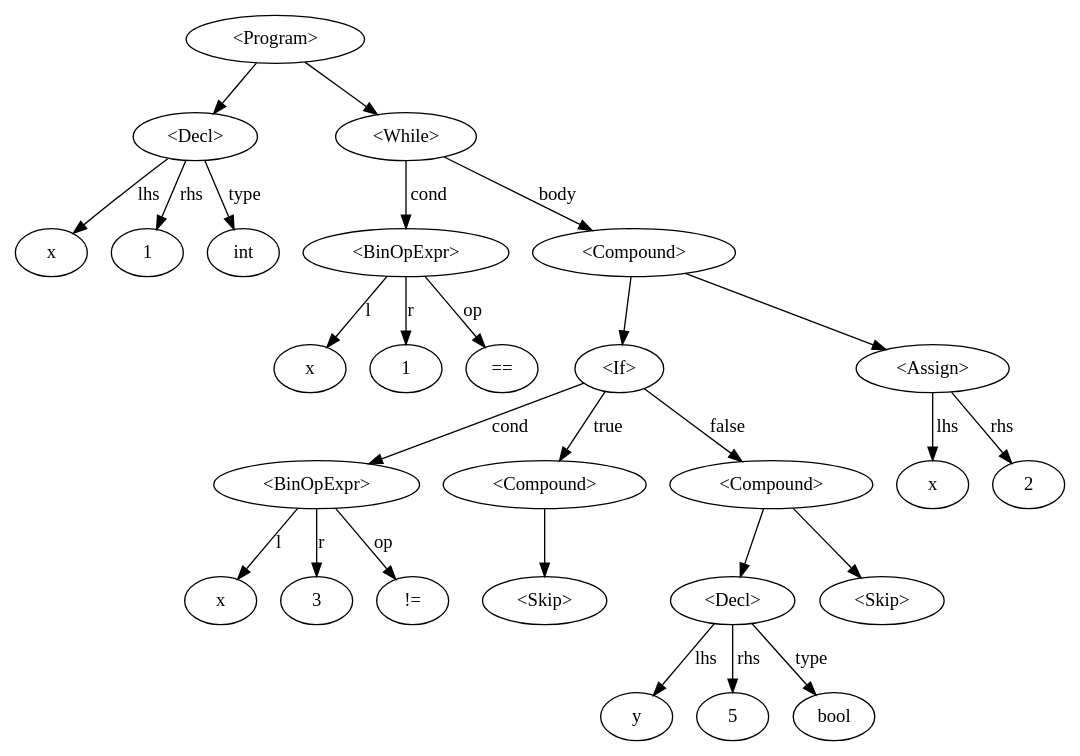
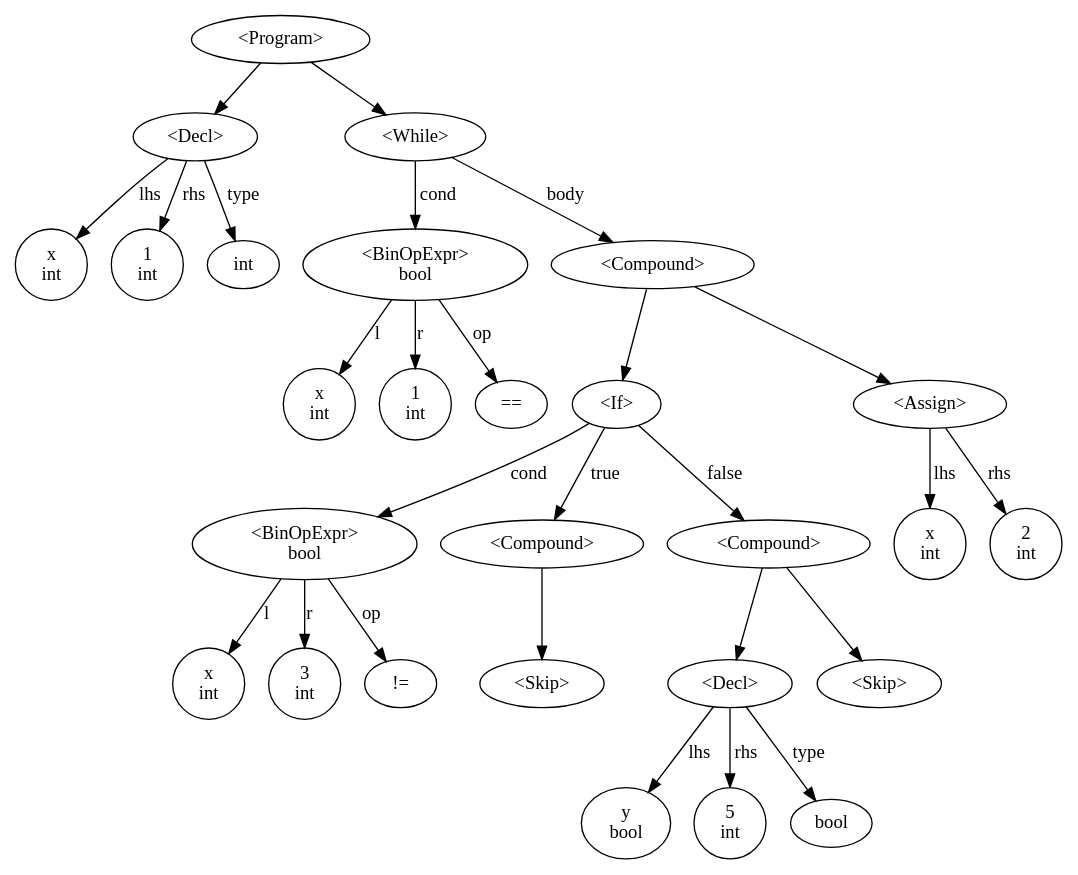
One commit to timll/while-analysis changed the diagram in ast.dot. Above: the diagram before and after it, drawn with Graphviz. The commit also changed 13 other files, not shown here.

```diff
--- a/ast.dot
+++ b/ast.dot
@@ -1,55 +1,67 @@
 digraph {
-n17296048[label="x"]
-n17296352[label="1"]
-n17296160[label="<Decl>"]
-n17296160type[label="int"]
-n17296528[label="x"]
-n17296592[label="1"]
-n17296624[label="<BinOpExpr>"]
-n17296624op[label="=="]
-n17296768[label="x"]
-n17296832[label="3"]
-n17296864[label="<BinOpExpr>"]
-n17296864op[label="!="]
-n17296976[label="<Skip>"]
-n17296944[label="<Compound>"]
-n17297168[label="y"]
-n17297232[label="5"]
-n17296208[label="<Decl>"]
-n17296208type[label="bool"]
-n17297328[label="<Skip>"]
-n17297104[label="<Compound>"]
-n17296256[label="<If>"]
-n17297424[label="x"]
-n17297584[label="2"]
-n17297616[label="<Assign>"]
-n17296704[label="<Compound>"]
-n17297392[label="<While>"]
-n17295856[label="<Program>"]
-n17296160->n17296048[label="lhs"]
-n17296160->n17296352[label="rhs"]
-n17296160->n17296160type[label="type"]
-n17296624->n17296528[label="l"]
-n17296624->n17296624op[label="op"]
-n17296624->n17296592[label="r"]
-n17296864->n17296768[label="l"]
-n17296864->n17296864op[label="op"]
-n17296864->n17296832[label="r"]
-n17296944->n17296976[label=""]
-n17296208->n17297168[label="lhs"]
-n17296208->n17297232[label="rhs"]
-n17296208->n17296208type[label="type"]
-n17297104->n17296208[label=""]
-n17297104->n17297328[label=""]
-n17296256->n17296864[label="cond"]
-n17296256->n17296944[label="true"]
-n17296256->n17297104[label="false"]
-n17297616->n17297424[label="lhs"]
-n17297616->n17297584[label="rhs"]
-n17296704->n17296256[label=""]
-n17296704->n17297616[label=""]
-n17297392->n17296624[label="cond"]
-n17297392->n17296704[label="body"]
-n17295856->n17296160[label=""]
-n17295856->n17297392[label=""]
+n20919344[label="x
+int"]
+n20921360[label="1
+int"]
+n20921168[label="<Decl>"]
+n20921168type[label="int"]
+n20921536[label="x
+int"]
+n20921616[label="1
+int"]
+n20921648[label="<BinOpExpr>
+bool"]
+n20921648op[label="=="]
+n20921792[label="x
+int"]
+n20921872[label="3
+int"]
+n20921904[label="<BinOpExpr>
+bool"]
+n20921904op[label="!="]
+n20922016[label="<Skip>"]
+n20921984[label="<Compound>"]
+n20921488[label="y
+bool"]
+n20922288[label="5
+int"]
+n20921264[label="<Decl>"]
+n20921264type[label="bool"]
+n20922384[label="<Skip>"]
+n20922144[label="<Compound>"]
+n20921072[label="<If>"]
+n20922240[label="x
+int"]
+n20922656[label="2
+int"]
+n20922688[label="<Assign>"]
+n20921728[label="<Compound>"]
+n20922448[label="<While>"]
+n20920848[label="<Program>"]
+n20921168->n20919344[label="lhs"]
+n20921168->n20921360[label="rhs"]
+n20921168->n20921168type[label="type"]
+n20921648->n20921536[label="l"]
+n20921648->n20921648op[label="op"]
+n20921648->n20921616[label="r"]
+n20921904->n20921792[label="l"]
+n20921904->n20921904op[label="op"]
+n20921904->n20921872[label="r"]
+n20921984->n20922016[label=""]
+n20921264->n20921488[label="lhs"]
+n20921264->n20922288[label="rhs"]
+n20921264->n20921264type[label="type"]
+n20922144->n20921264[label=""]
+n20922144->n20922384[label=""]
+n20921072->n20921904[label="cond"]
+n20921072->n20921984[label="true"]
+n20921072->n20922144[label="false"]
+n20922688->n20922240[label="lhs"]
+n20922688->n20922656[label="rhs"]
+n20921728->n20921072[label=""]
+n20921728->n20922688[label=""]
+n20922448->n20921648[label="cond"]
+n20922448->n20921728[label="body"]
+n20920848->n20921168[label=""]
+n20920848->n20922448[label=""]
 }
```
